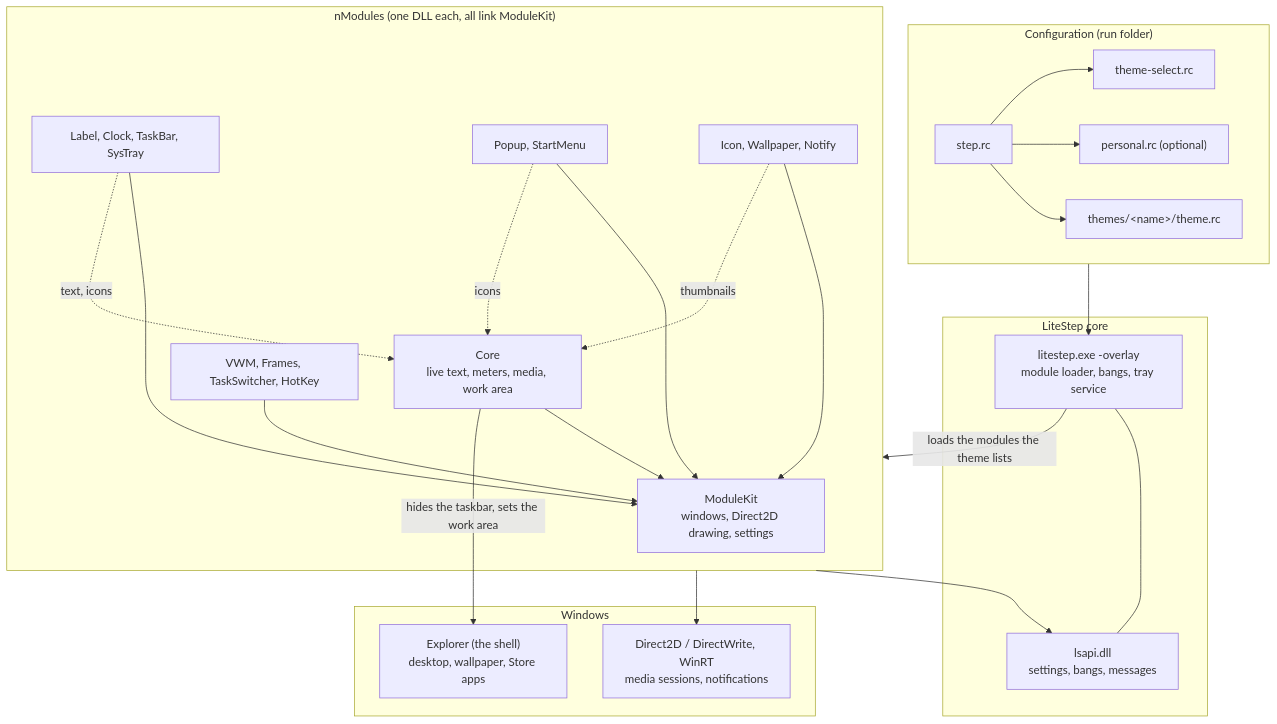
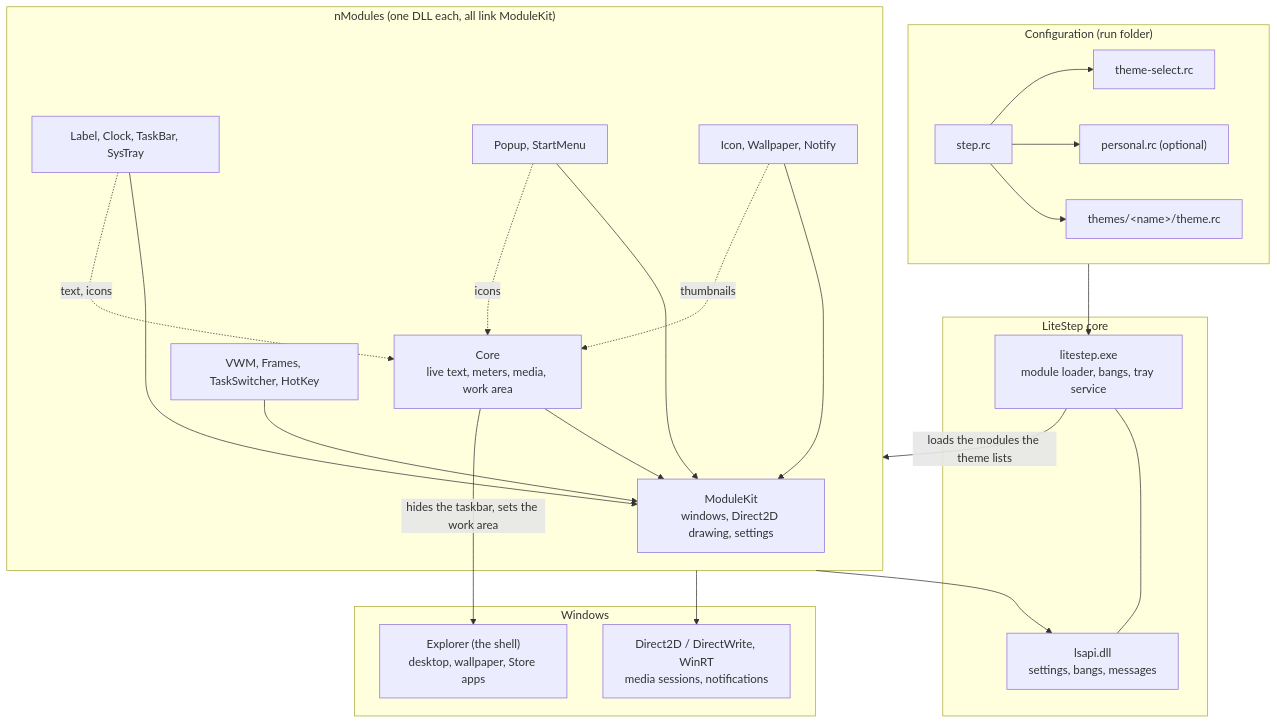
The diagram in README.md (madkoding/LitestepTNG), drawn with Mermaid before and after one commit. The commit also changed other lines of this file and 65 other files, not shown here.

````diff
--- a/README.md
+++ b/README.md
@@ -74,46 +74,46 @@
 ```mermaid
 flowchart TB
     subgraph config["Configuration (run folder)"]
         step["step.rc"]
         select["theme-select.rc"]
         personal["personal.rc (optional)"]
         theme["themes/&lt;name&gt;/theme.rc"]
         step --> select
         step --> personal
         step --> theme
     end
 
     subgraph core["LiteStep core"]
-        exe["litestep.exe -overlay<br/>module loader, bangs, tray service"]
+        exe["litestep.exe<br/>module loader, bangs, tray service"]
         lsapi["lsapi.dll<br/>settings, bangs, messages"]
         exe --- lsapi
     end
 
     subgraph modules["nModules (one DLL each, all link ModuleKit)"]
         kit["ModuleKit<br/>windows, Direct2D drawing, settings"]
         ncore["Core<br/>live text, meters, media, work area"]
         bars["Label, Clock, TaskBar, SysTray"]
         menus["Popup, StartMenu"]
         desk["Icon, Wallpaper, Notify"]
         wins["VWM, Frames, TaskSwitcher, HotKey"]
         ncore --> kit
         bars --> kit
         menus --> kit
         desk --> kit
         wins --> kit
         bars -. "text, icons" .-> ncore
         menus -. "icons" .-> ncore
         desk -. "thumbnails" .-> ncore
     end
 
     subgraph windows["Windows"]
         explorer["Explorer (the shell)<br/>desktop, wallpaper, Store apps"]
         apis["Direct2D / DirectWrite, WinRT<br/>media sessions, notifications"]
     end
 
     config --> exe
     exe -- "loads the modules the theme lists" --> modules
     modules --> lsapi
     modules --> apis
     ncore -- "hides the taskbar, sets the work area" --> explorer
 ```
````
